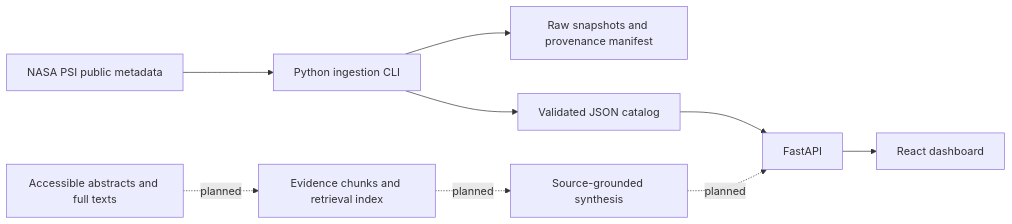
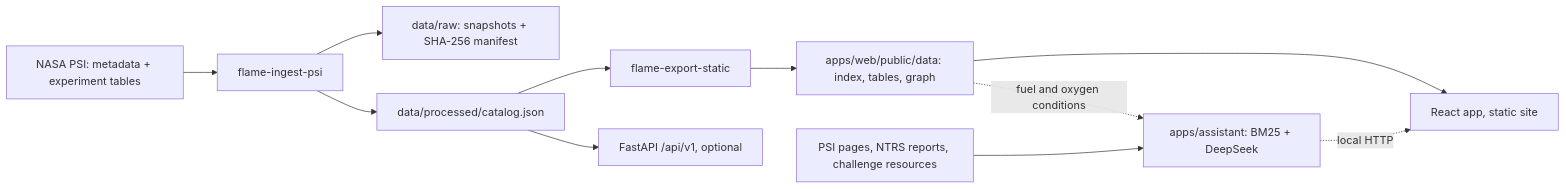
The diagram in docs/architecture.md (w4ngg/nasa-app-challenge), drawn with Mermaid before and after one commit. The commit also changed other lines of this file and 6 other files, not shown here.

First line of the commit message:
docs: rewrite docs in English and add knowledge graph guide

````diff
--- a/docs/architecture.md
+++ b/docs/architecture.md
@@ -3,11 +3,13 @@
 ```mermaid
 flowchart LR
-  PSI[NASA PSI public metadata] --> INGEST[Python ingestion CLI]
-  INGEST --> RAW[Raw snapshots and provenance manifest]
-  INGEST --> CATALOG[Validated JSON catalog]
-  CATALOG --> API[FastAPI]
-  API --> WEB[React dashboard]
-  PAPERS[Accessible abstracts and full texts] -. planned .-> KB[Evidence chunks and retrieval index]
-  KB -. planned .-> SI[Source-grounded synthesis]
-  SI -. planned .-> API
+  PSI[NASA PSI: metadata + experiment tables] --> INGEST[flame-ingest-psi]
+  INGEST --> RAW[data/raw: snapshots + SHA-256 manifest]
+  INGEST --> CATALOG[data/processed/catalog.json]
+  CATALOG --> EXPORT[flame-export-static]
+  EXPORT --> STATIC[apps/web/public/data: index, tables, graph]
+  STATIC --> WEB[React app, static site]
+  CATALOG --> API[FastAPI /api/v1, optional]
+  NASA[PSI pages, NTRS reports, challenge resources] --> ASSIST[apps/assistant: BM25 + DeepSeek]
+  STATIC -. fuel and oxygen conditions .-> ASSIST
+  ASSIST -. local HTTP .-> WEB
 ```
````
